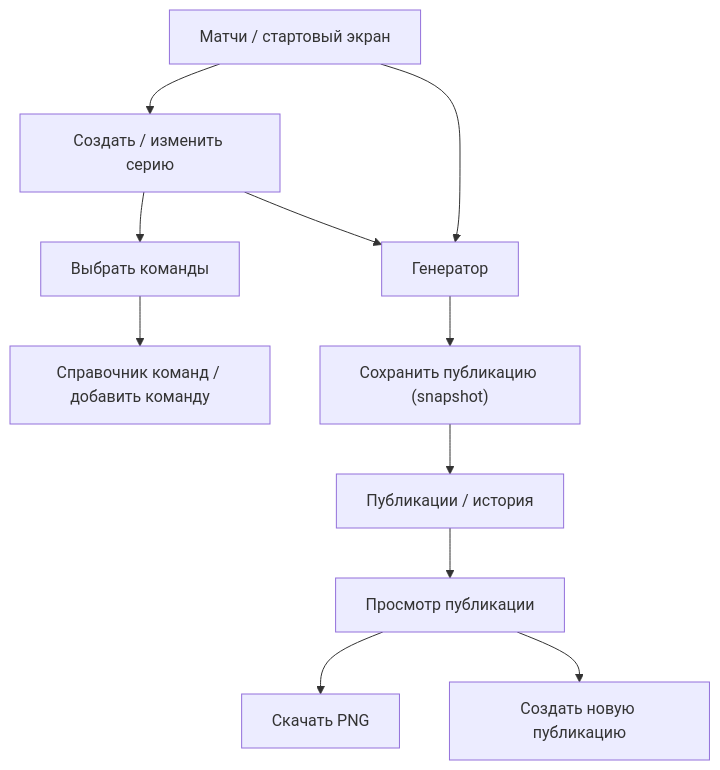
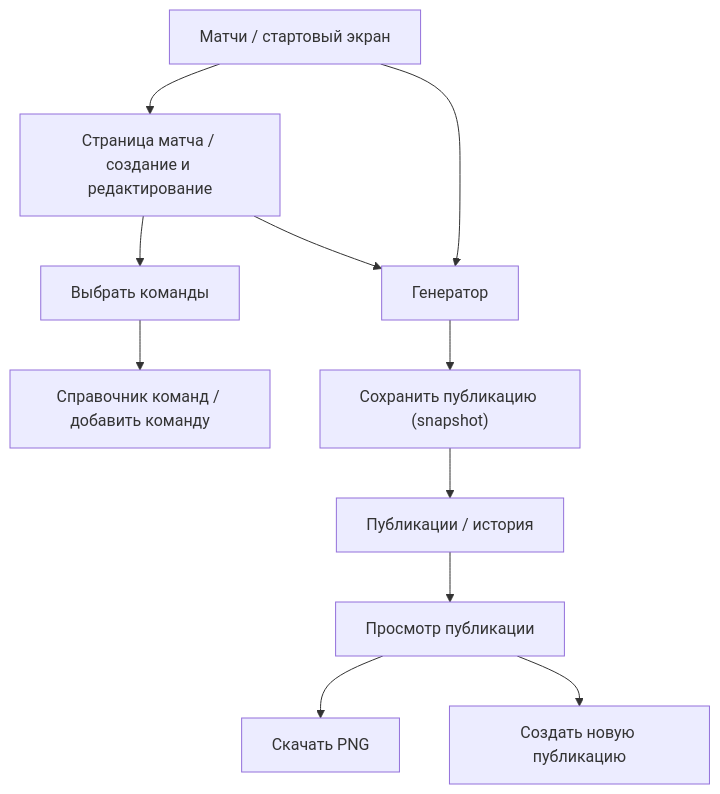
Before and after one commit to qroka/DotaFrame: the diagram in docs/design/screen-architecture.md, drawn with Mermaid. The commit also changed other lines of this file, not shown here.

````diff
--- a/docs/design/screen-architecture.md
+++ b/docs/design/screen-architecture.md
@@ -16,13 +16,13 @@
 ```mermaid
 flowchart TD
-    A["Матчи / стартовый экран"] --> B["Создать / изменить серию"]
+    A["Матчи / стартовый экран"] --> B["Страница матча / создание и редактирование"]
     B --> C["Выбрать команды"]
     C --> D["Справочник команд / добавить команду"]
     B --> E["Генератор"]
     A --> E
     E --> F["Сохранить публикацию (snapshot)"]
     F --> G["Публикации / история"]
     G --> H["Просмотр публикации"]
     H --> I["Скачать PNG"]
     H --> J["Создать новую публикацию"]
 ```
````
